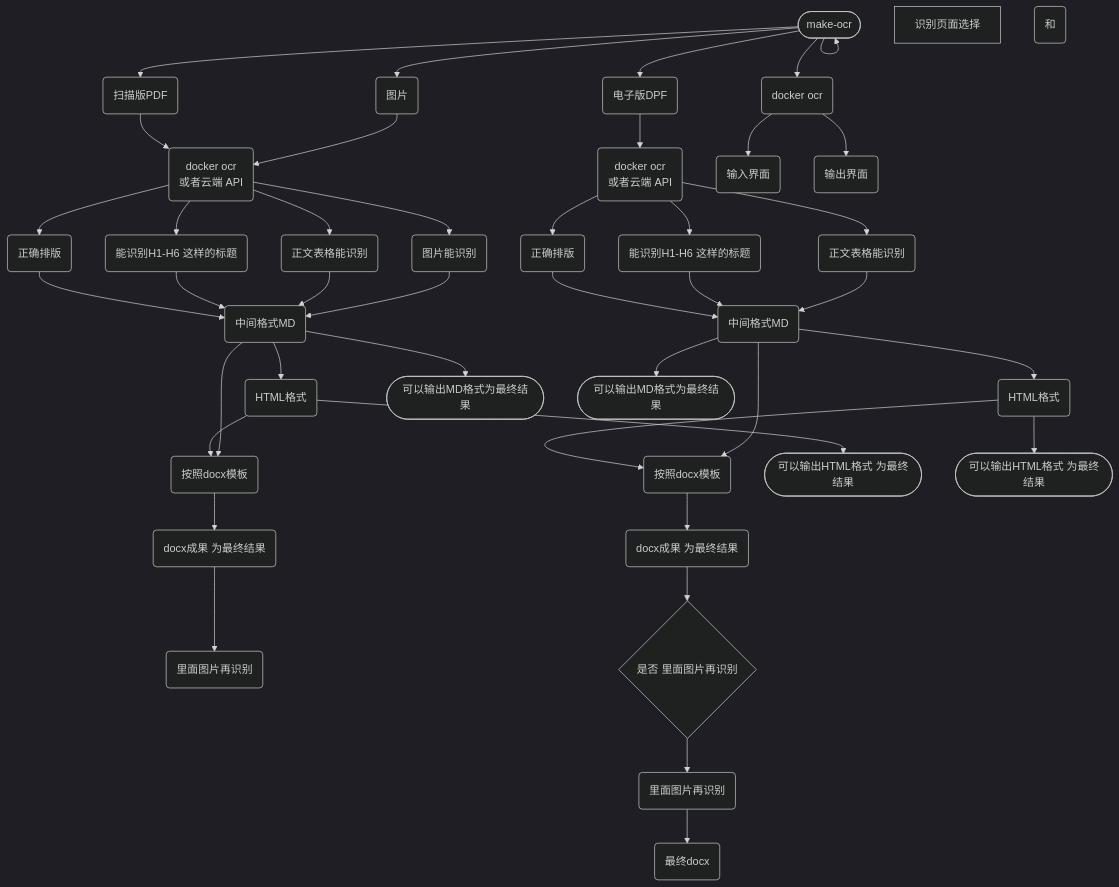
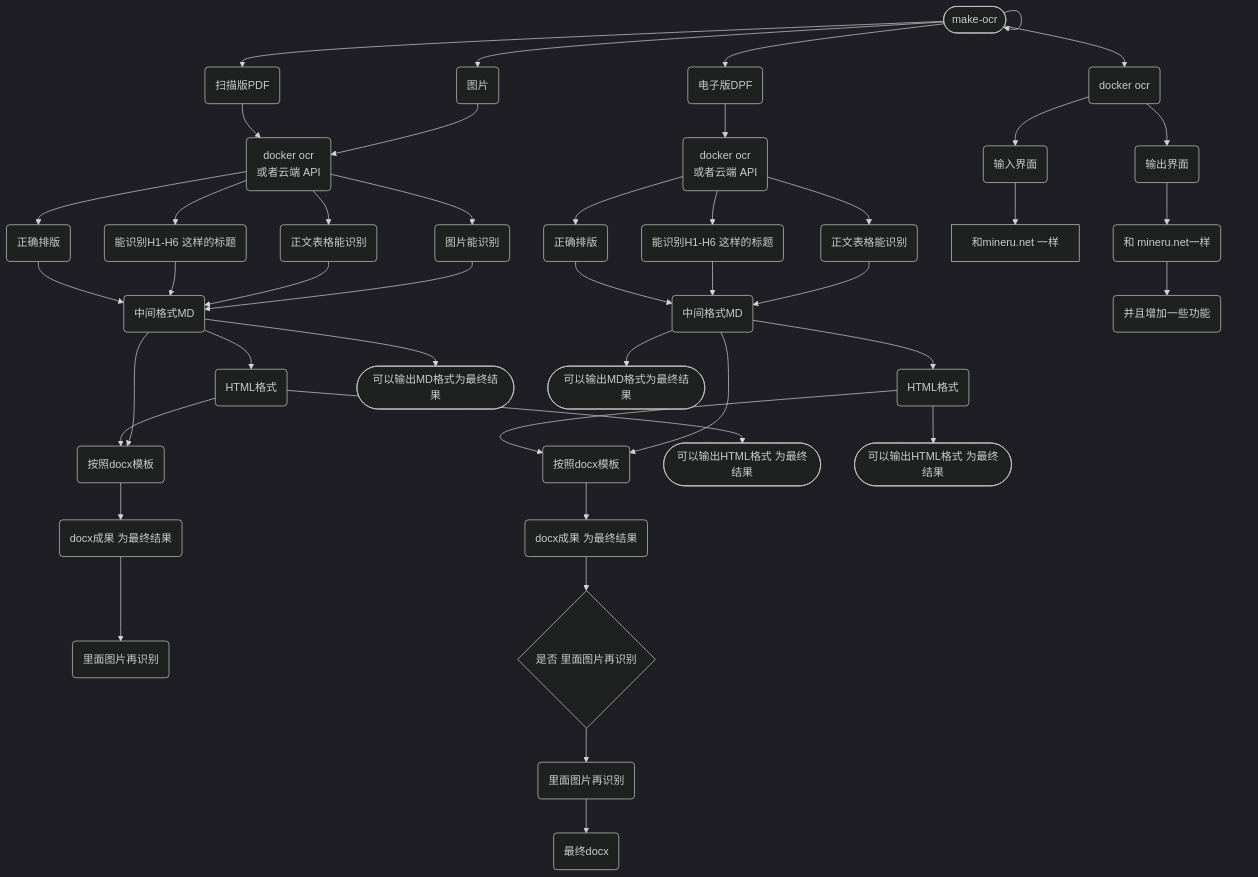
Before and after one commit to fireflysss/mermaid-notes: the diagram in notes/未命名_da3b1e9d-46b8-4fe8-a207-538027b2306b.md, drawn with Mermaid (dark theme). The commit also changed 3 other files, not shown here.

Commit message:
Sync Mermaid Studio data (14 diagrams)

````diff
--- a/notes/未命名_da3b1e9d-46b8-4fe8-a207-538027b2306b.md
+++ b/notes/未命名_da3b1e9d-46b8-4fe8-a207-538027b2306b.md
@@ -3,78 +3,82 @@
 ```mermaid
 flowchart TD
   n_0(["make-ocr"])
   n_1("扫描版PDF")
   n_2("电子版DPF")
   n_3("docker ocr<br/>或者云端 API")
   n_4("图片")
   n_5("能识别H1-H6 这样的标题")
   n_6("正文表格能识别")
   n_7("图片能识别")
   n_8("按照docx模板")
   n_9("里面图片再识别")
   n_10("docx成果 为最终结果")
   n_11("中间格式MD")
   n_12("HTML格式")
   n_13("docker ocr<br/>或者云端 API")
   n_14("能识别H1-H6 这样的标题")
   n_15("正文表格能识别")
   n_16("按照docx模板")
   n_17("docx成果 为最终结果")
   n_18("中间格式MD")
   n_19("HTML格式")
   n_20("最终docx")
   n_21("里面图片再识别")
   n_22{"是否 里面图片再识别"}
   n_23("正确排版")
   n_24("正确排版")
   n_25(["可以输出MD格式为最终结果"])
   n_26(["可以输出MD格式为最终结果"])
   n_27(["可以输出HTML格式 为最终结果"])
   n_28(["可以输出HTML格式 为最终结果"])
   n_29("docker ocr")
   n_30("输入界面")
   n_31("输出界面")
-  n_32["识别页面选择<br/>"]
-  n_33("和")
+  n_32["和mineru.net 一样"]
+  n_33("和 mineru.net一样")
+  n_34("并且增加一些功能")
   n_0 --> n_0
   n_0 --> n_1
   n_0 --> n_2
   n_0 --> n_4
   n_11 --> n_8
   n_11 --> n_12
   n_12 --> n_8
   n_8 --> n_10
   n_10 --> n_9
   n_18 --> n_16
   n_18 --> n_19
   n_19 --> n_16
   n_16 --> n_17
   n_4 --> n_3
   n_1 --> n_3
   n_2 --> n_13
   n_13 --> n_14
   n_13 --> n_15
   n_15 --> n_18
   n_14 --> n_18
   n_7 --> n_11
   n_6 --> n_11
   n_5 --> n_11
   n_3 --> n_6
   n_21 --> n_20
   n_17 --> n_22
   n_22 --> n_21
   n_3 --> n_5
   n_3 --> n_7
   n_3 --> n_23
   n_23 --> n_11
   n_13 --> n_24
   n_24 --> n_18
   n_11 --> n_25
   n_18 --> n_26
   n_12 --> n_27
   n_19 --> n_28
   n_0 --> n_29
   n_29 --> n_30
   n_29 --> n_31
+  n_30 --> n_32
+  n_31 --> n_33
+  n_33 --> n_34
 
 ```
````
